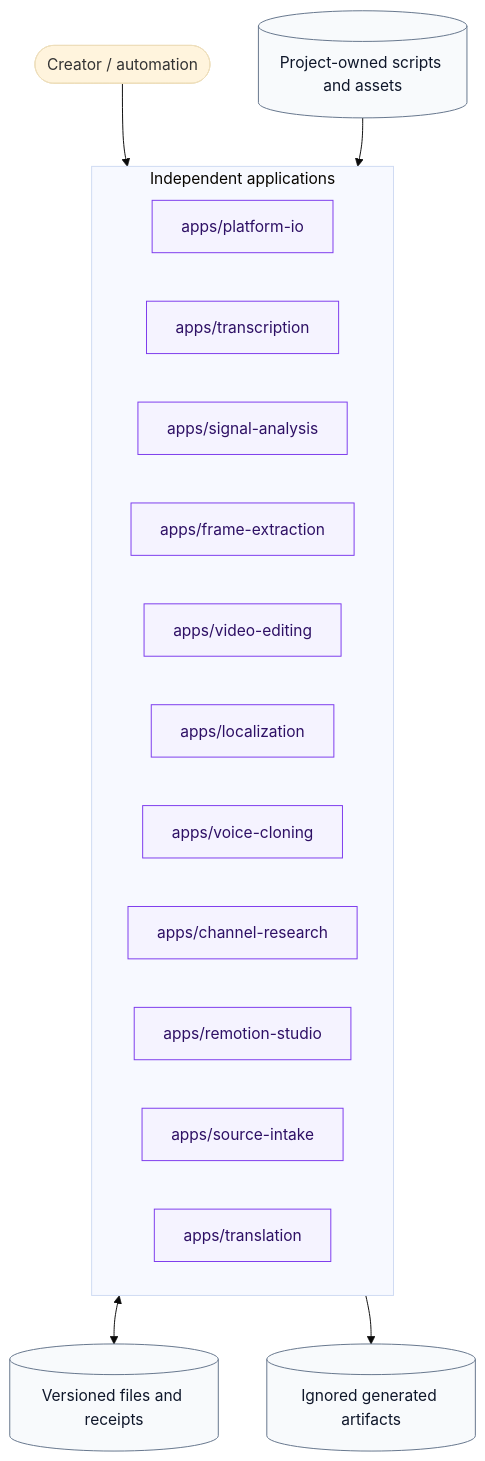
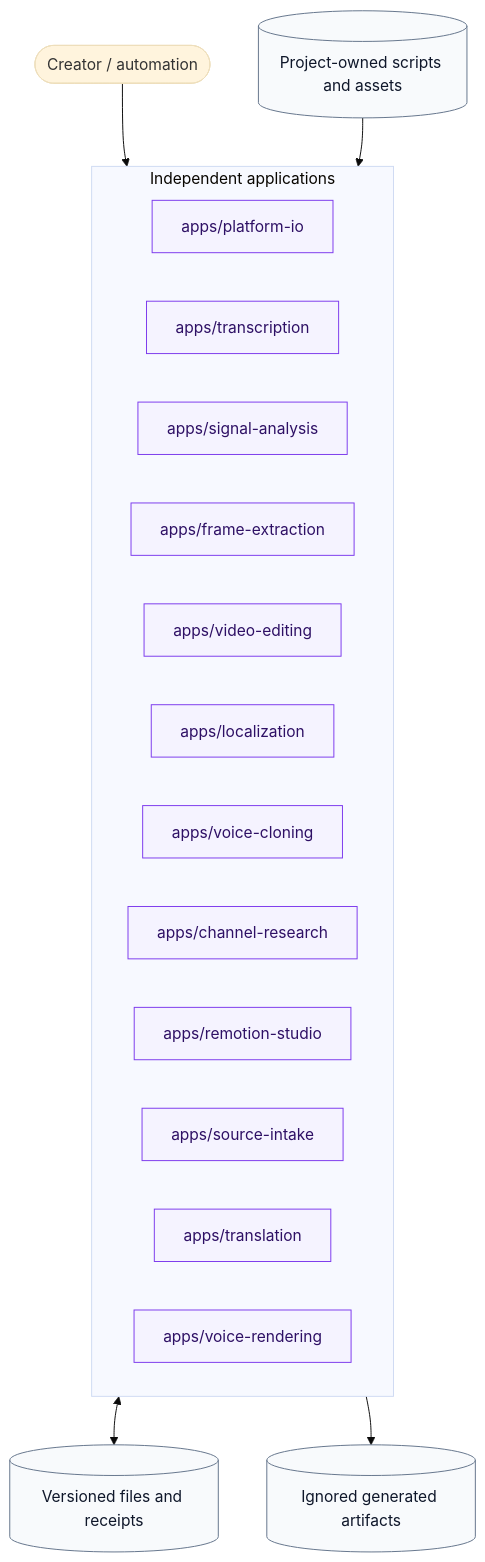
The second of 2 diagrams in README.md (wohuishuo/cc-video-pipeline), drawn with Mermaid (base theme) before and after one commit. The commit also changed other lines of this file and 24 other files, not shown here.

Commit message:
feat(voice): add resumable Edge rendering MVP

````diff
--- a/README.md
+++ b/README.md
@@ -69,30 +72,31 @@
 ```mermaid
 flowchart TB
     user([Creator / automation])
     subgraph apps[Independent applications]
       A[apps/platform-io]
       B[apps/transcription]
       C[apps/signal-analysis]
       D[apps/frame-extraction]
       E[apps/video-editing]
       F[apps/localization]
       G[apps/voice-cloning]
       H[apps/channel-research]
       I[apps/remotion-studio]
       J[apps/source-intake]
       K[apps/translation]
+      L[apps/voice-rendering]
     end
     contracts[(Versioned files and receipts)]
     projects[(Project-owned scripts and assets)]
     outputs[(Ignored generated artifacts)]
 
     user --> apps
     apps <--> contracts
     projects --> apps
     apps --> outputs
 
     classDef boundary fill:#f5f3ff,stroke:#7c3aed,color:#2e1065;
     classDef data fill:#f8fafc,stroke:#64748b,color:#0f172a;
-    class A,B,C,D,E,F,G,H,I,J,K boundary;
+    class A,B,C,D,E,F,G,H,I,J,K,L boundary;
     class contracts,projects,outputs data;
 ```
````
